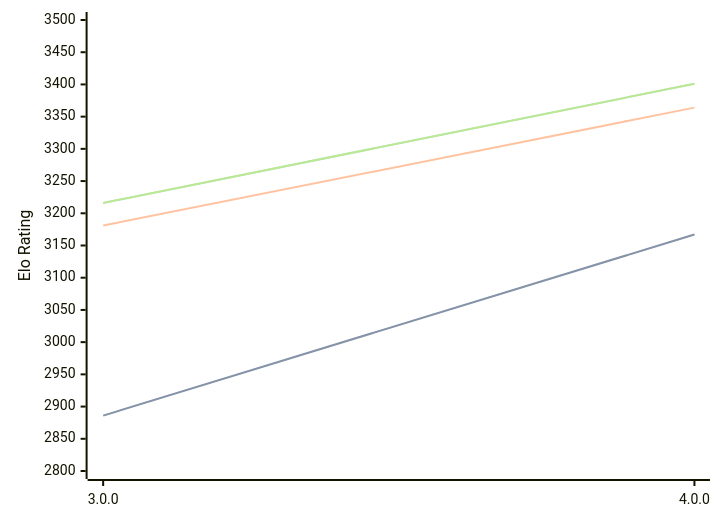
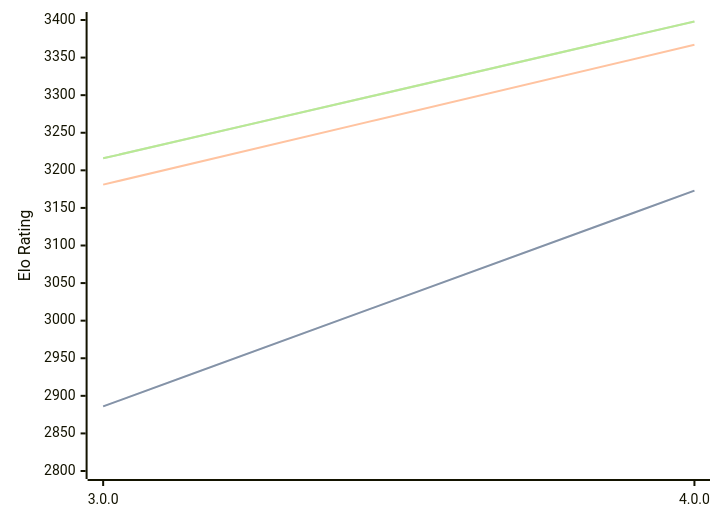
Before and after one commit to computer-chess-index/cci: the diagram in engines/Avalanche.md, drawn with Mermaid. The commit also changed other lines of this file, not shown here.

Commit message:
Update CCI Ratings (ELO VLTC) - 2026-08-17

````diff
--- a/engines/Avalanche.md
+++ b/engines/Avalanche.md
@@ -32,11 +32,11 @@
 ```mermaid
 %%{init: {"theme":"base","themeVariables":{"seriesColors:['#a3a3a3','#222221','#faa371']}}}%%
 xychart-beta
   x-axis ["3.0.0", "4.0.0"]
-  y-axis "Elo Rating" 2800 --> 3500
-  line "STC (8.0+0.08s)" [2886, 3167]
-  line "STC (8.0+0.08s)" [2886, 3167]
-  line "LTC (60.0+0.60s)" [3181, 3364]
-  line "VLTC (2m24s+1.12s)" [3216, 3401]
-  line "VLTC (2m24s+1.12s)" [3216, 3401]
+  y-axis "Elo Rating" 2800 --> 3400
+  line "STC (8.0+0.08s)" [2886, 3173]
+  line "STC (8.0+0.08s)" [2886, 3173]
+  line "LTC (60.0+0.60s)" [3181, 3367]
+  line "VLTC (2m24s+1.12s)" [3216, 3398]
+  line "VLTC (2m24s+1.12s)" [3216, 3398]
 ```
````
